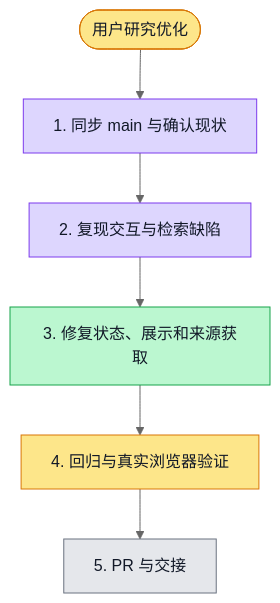
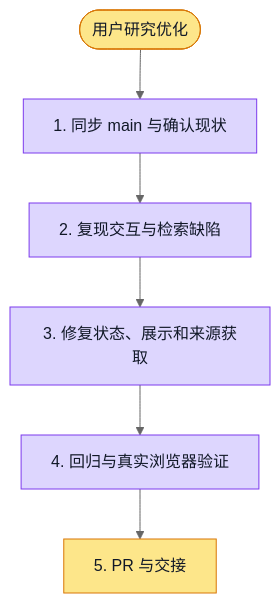
Before and after one commit to boardx/workspacex: the diagram in docs/evidence/research-4897/progress.md, drawn with Mermaid (neutral theme). The commit also changed other lines of this file and 3 other files, not shown here.

````diff
--- a/docs/evidence/research-4897/progress.md
+++ b/docs/evidence/research-4897/progress.md
@@ -17,26 +17,28 @@
 ```mermaid
 flowchart TD
   G([用户研究优化])
   S1[1. 同步 main 与确认现状]
   S2[2. 复现交互与检索缺陷]
   S3[3. 修复状态、展示和来源获取]
   S4[4. 回归与真实浏览器验证]
   S5[5. PR 与交接]
 
   G --> S1 --> S2 --> S3 --> S4 --> S5
 
   classDef todo fill:#e5e7eb,stroke:#6b7280,color:#111827
   classDef doing fill:#fde68a,stroke:#d97706,color:#111827
   classDef done fill:#bbf7d0,stroke:#16a34a,color:#111827
   classDef tested fill:#ddd6fe,stroke:#7c3aed,color:#111827
   classDef blocked fill:#fecaca,stroke:#dc2626,color:#111827
 
   class G doing
   class S1 tested
   %% evidence S1: fetch main 与 init.sh 已通过
   class S2 tested
   %% evidence S2: UI/检索回归已先失败后通过
-  class S3 done
-  class S4 doing
-  class S5 todo
+  class S3 tested
+  %% evidence S3: API 155、UI 最终54回归及新增章节56测试通过，独立复审无 P1/P2。
+  class S4 tested
+  %% evidence S4: 正式构建 CI 36853704807 全栈步骤退出0；新增报告 active 状态断言通过。
+  class S5 doing
 ```
````
